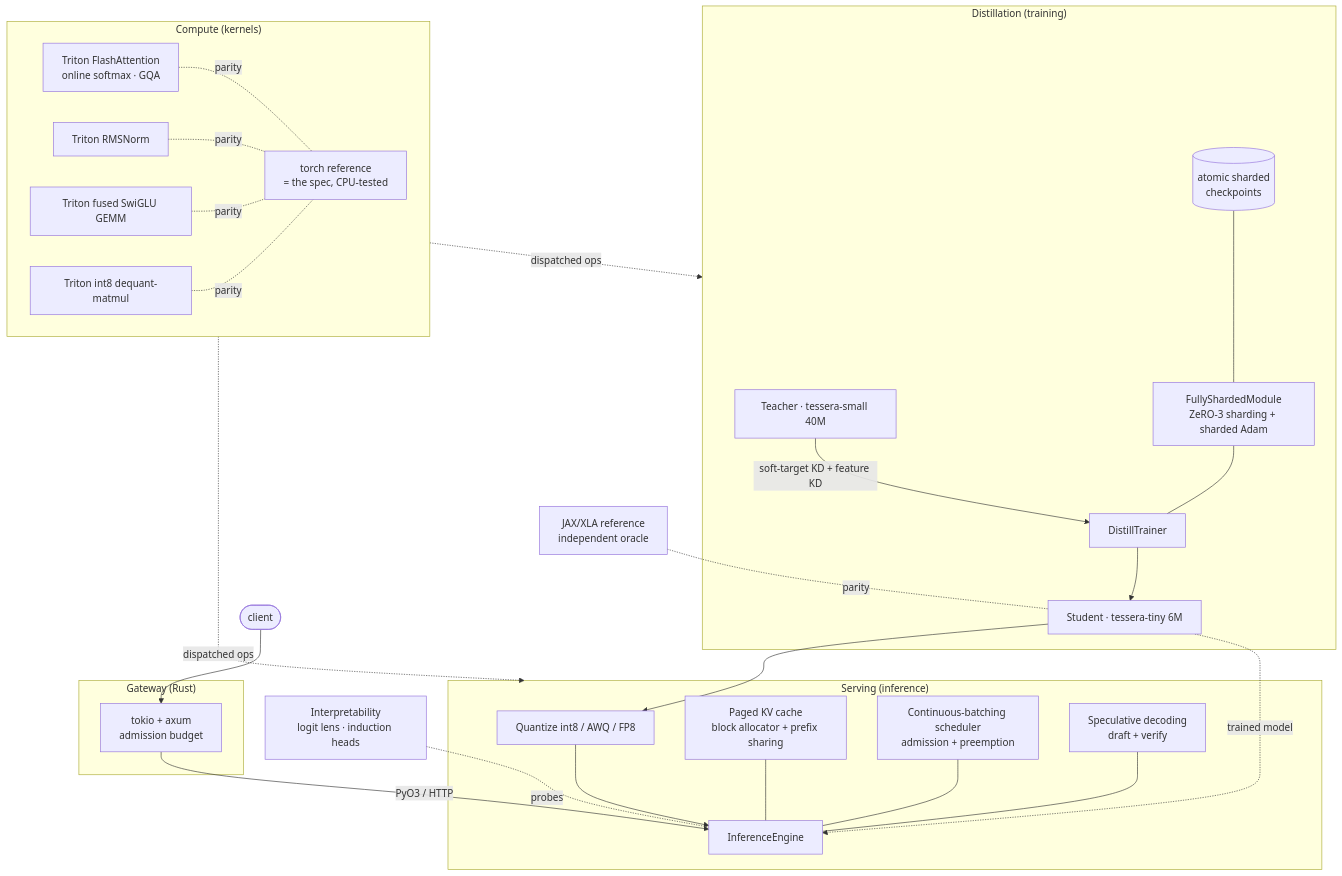
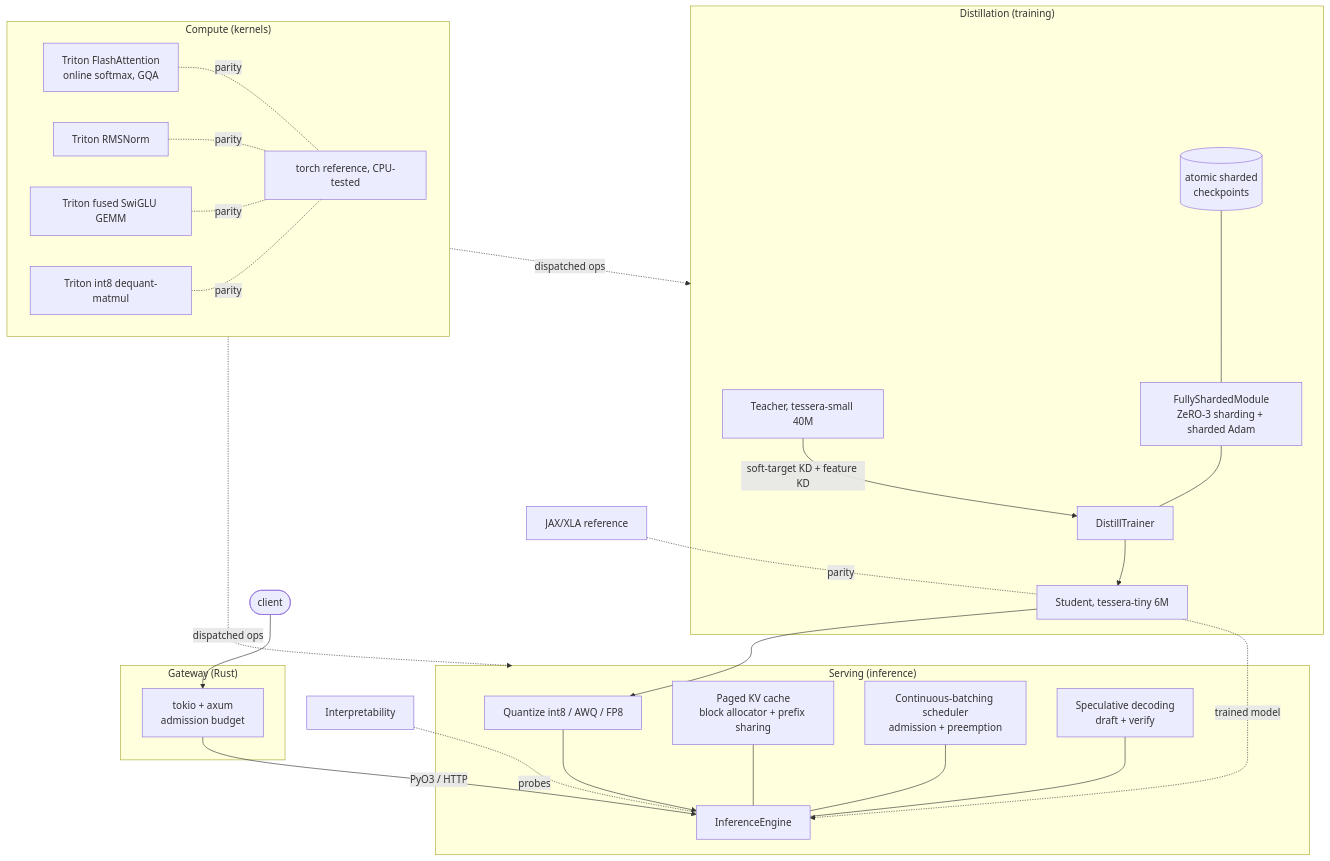
One commit to cyracomfortteam-del/tessera changed the diagram in docs/architecture.md. Above: the diagram before and after it, drawn with Mermaid. The commit also changed other lines of this file and 3 other files, not shown here.

````diff
--- a/docs/architecture.md
+++ b/docs/architecture.md
@@ -7,38 +7,38 @@
 ```mermaid
 flowchart TB
     subgraph Train["Distillation (training)"]
-        T[Teacher · tessera-small 40M] -->|soft-target KD + feature KD| KD
-        KD[DistillTrainer] --> S[Student · tessera-tiny 6M]
+        T[Teacher, tessera-small 40M] -->|soft-target KD + feature KD| KD
+        KD[DistillTrainer] --> S[Student, tessera-tiny 6M]
         FSDP[FullyShardedModule<br/>ZeRO-3 sharding + sharded Adam] --- KD
         CKPT[(atomic sharded<br/>checkpoints)] --- FSDP
     end
 
     subgraph Kernels["Compute (kernels)"]
-        FA[Triton FlashAttention<br/>online softmax · GQA]
+        FA[Triton FlashAttention<br/>online softmax, GQA]
         RN[Triton RMSNorm]
         SG[Triton fused SwiGLU GEMM]
         QM[Triton int8 dequant-matmul]
-        REF[torch reference<br/>= the spec, CPU-tested]
+        REF[torch reference, CPU-tested]
         FA & RN & SG & QM -.parity.- REF
     end
 
     subgraph Serve["Serving (inference)"]
         Q[Quantize int8 / AWQ / FP8] --> ENG
         ENG[InferenceEngine]
         PK[Paged KV cache<br/>block allocator + prefix sharing] --- ENG
         SCH[Continuous-batching scheduler<br/>admission + preemption] --- ENG
         SPEC[Speculative decoding<br/>draft + verify] --- ENG
     end
 
     subgraph Edge["Gateway (Rust)"]
         GW[tokio + axum<br/>admission budget] -->|PyO3 / HTTP| ENG
     end
 
     S --> Q
     S -. trained model .-> ENG
     Kernels -. dispatched ops .-> Train & Serve
-    JAX[JAX/XLA reference<br/>independent oracle] -. parity .- S
-    INT[Interpretability<br/>logit lens · induction heads] -. probes .- ENG
+    JAX[JAX/XLA reference] -. parity .- S
+    INT[Interpretability] -. probes .- ENG
 
     client([client]) --> GW
 ```
````
